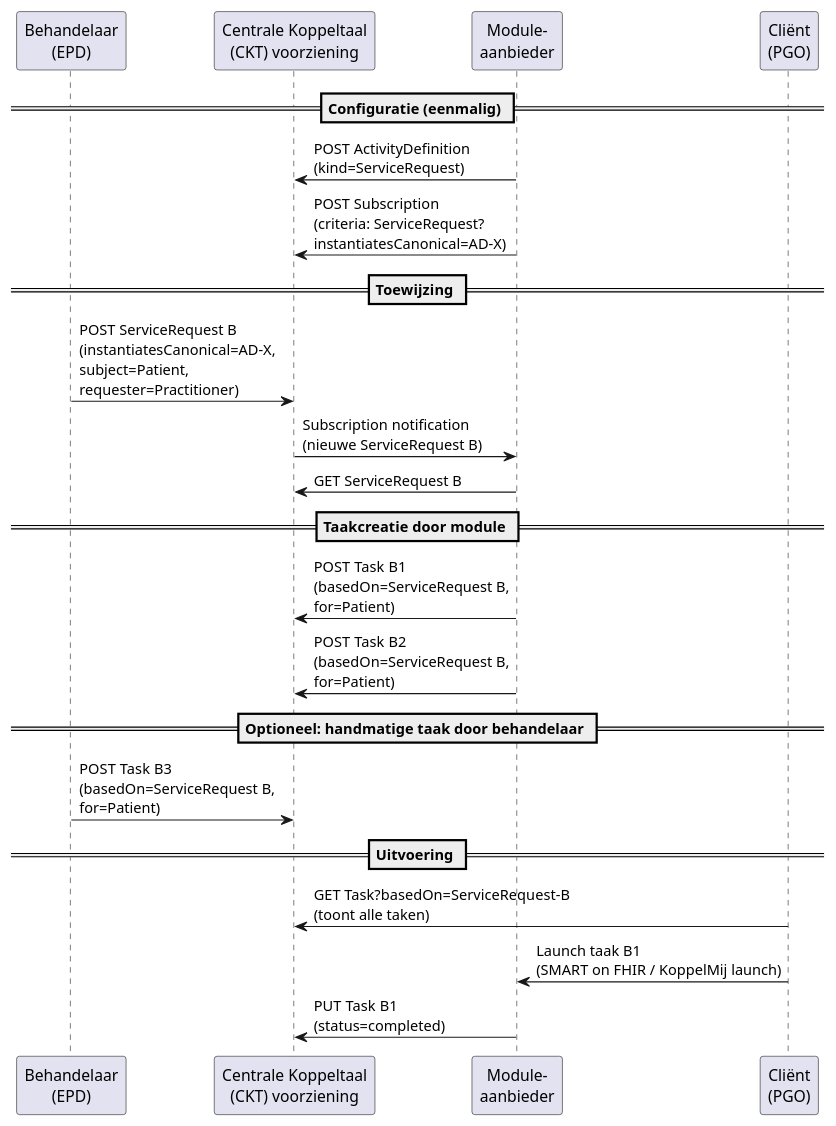
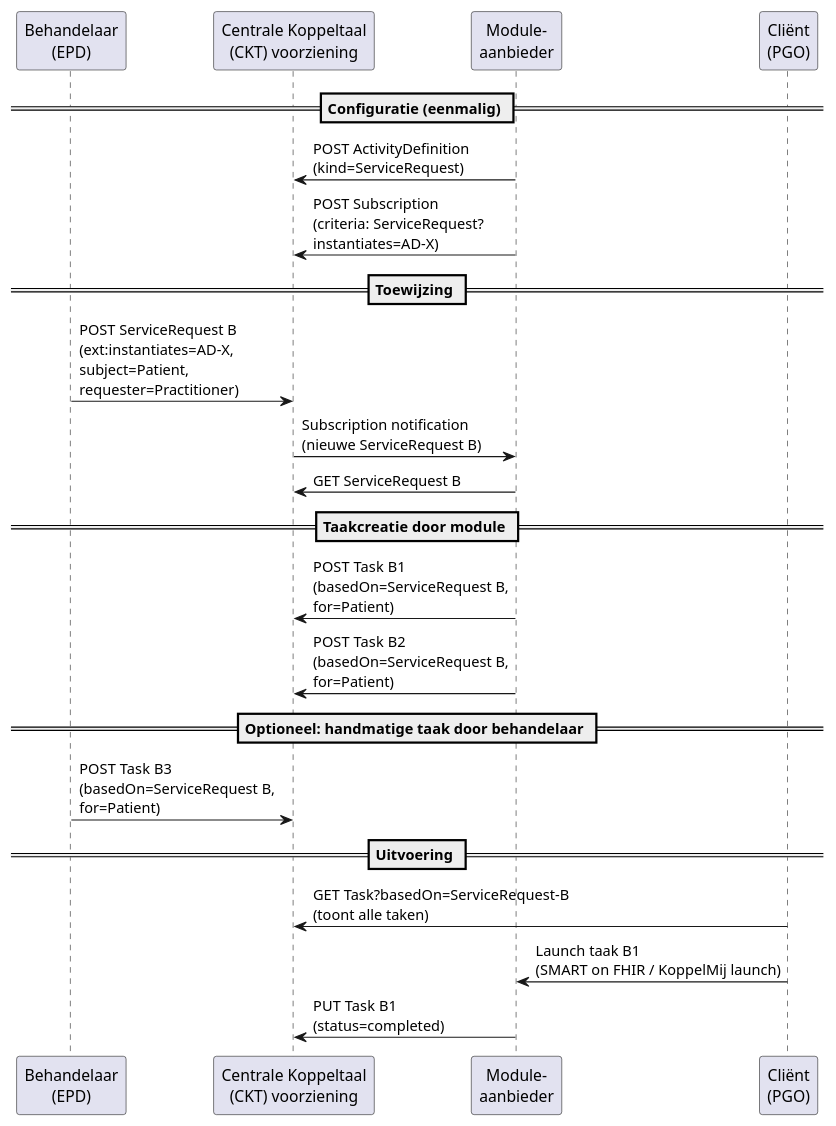
One commit to vzvznl/Koppeltaal-2.0-FHIR changed the diagram in input/images-source/memo-sr-koppelmij-flow.plantuml. Above: the diagram before and after it, drawn with PlantUML. The commit also changed 2 other files, not shown here.

Commit message:
docs: instantiates extensie i.p.v. instantiatesCanonical in SR memo
Voorstel om de bestaande instantiates extensie symmetrisch op
ServiceRequest toe te passen, omdat instantiatesCanonical niet
bruikbaar bleek als zoekcriterium. Diagrammen bijgewerkt.

```diff
--- a/input/images-source/memo-sr-koppelmij-flow.plantuml
+++ b/input/images-source/memo-sr-koppelmij-flow.plantuml
@@ -1,38 +1,38 @@
 @startuml memo-sr-koppelmij-flow
 
 participant "Behandelaar\n(EPD)" as EPD
 participant "Centrale Koppeltaal\n(CKT) voorziening" as CKT
 participant "Module-\naanbieder" as Module
 participant "Cliënt\n(PGO)" as PGO
 
 == Configuratie (eenmalig) ==
 
 Module -> CKT : POST ActivityDefinition\n(kind=ServiceRequest)
-Module -> CKT : POST Subscription\n(criteria: ServiceRequest?\ninstantiatesCanonical=AD-X)
+Module -> CKT : POST Subscription\n(criteria: ServiceRequest?\ninstantiates=AD-X)
 
 == Toewijzing ==
 
-EPD -> CKT : POST ServiceRequest B\n(instantiatesCanonical=AD-X,\nsubject=Patient,\nrequester=Practitioner)
+EPD -> CKT : POST ServiceRequest B\n(ext:instantiates=AD-X,\nsubject=Patient,\nrequester=Practitioner)
 
 CKT -> Module : Subscription notification\n(nieuwe ServiceRequest B)
 
 Module -> CKT : GET ServiceRequest B
 
 == Taakcreatie door module ==
 
 Module -> CKT : POST Task B1\n(basedOn=ServiceRequest B,\nfor=Patient)
 Module -> CKT : POST Task B2\n(basedOn=ServiceRequest B,\nfor=Patient)
 
 == Optioneel: handmatige taak door behandelaar ==
 
 EPD -> CKT : POST Task B3\n(basedOn=ServiceRequest B,\nfor=Patient)
 
 == Uitvoering ==
 
 PGO -> CKT : GET Task?basedOn=ServiceRequest-B\n(toont alle taken)
 
 PGO -> Module : Launch taak B1\n(SMART on FHIR / KoppelMij launch)
 
 Module -> CKT : PUT Task B1\n(status=completed)
 
 @enduml
```
